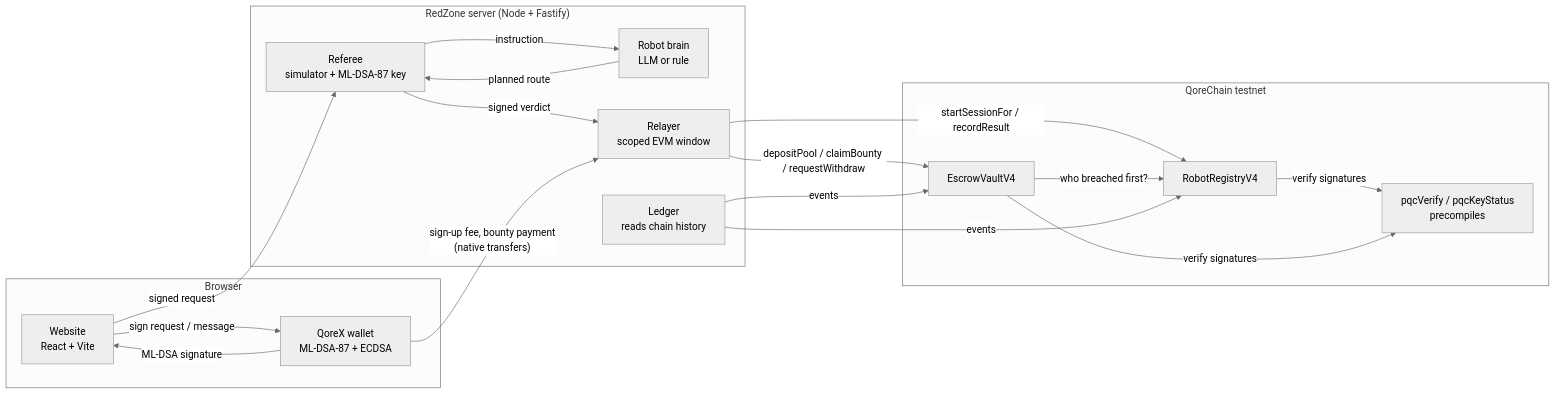
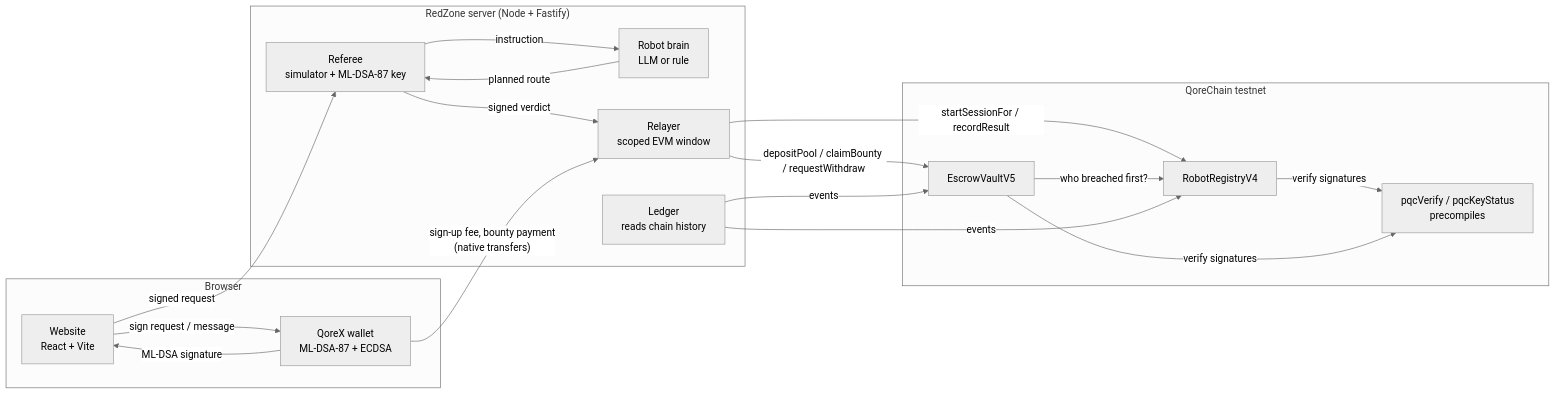
The diagram in README.md (ponram06/redzone), drawn with Mermaid (neutral theme) before and after one commit. The commit also changed other lines of this file and 8 other files, not shown here.

````diff
--- a/README.md
+++ b/README.md
@@ -45,32 +48,32 @@
 ```mermaid
 flowchart LR
     subgraph Browser
         W[Website<br/>React + Vite]
         Q[QoreX wallet<br/>ML-DSA-87 + ECDSA]
     end
     subgraph Server["RedZone server (Node + Fastify)"]
         B[Robot brain<br/>LLM or rule]
         R[Referee<br/>simulator + ML-DSA-87 key]
         L[Relayer<br/>scoped EVM window]
         G[Ledger<br/>reads chain history]
     end
     subgraph QoreChain["QoreChain testnet"]
         REG[RobotRegistryV4]
-        V[EscrowVaultV4]
+        V[EscrowVaultV5]
         P[pqcVerify / pqcKeyStatus<br/>precompiles]
     end
     W -- "sign request / message" --> Q
     Q -- "ML-DSA signature" --> W
     W -- "signed request" --> R
     R -- "instruction" --> B
     B -- "planned route" --> R
     R -- "signed verdict" --> L
     L -- "startSessionFor / recordResult" --> REG
     L -- "depositPool / claimBounty / requestWithdraw" --> V
     V -- "who breached first?" --> REG
     REG -- "verify signatures" --> P
     V -- "verify signatures" --> P
     Q -- "sign-up fee, bounty payment<br/>(native transfers)" --> L
     G -- "events" --> REG
     G -- "events" --> V
 ```
````
